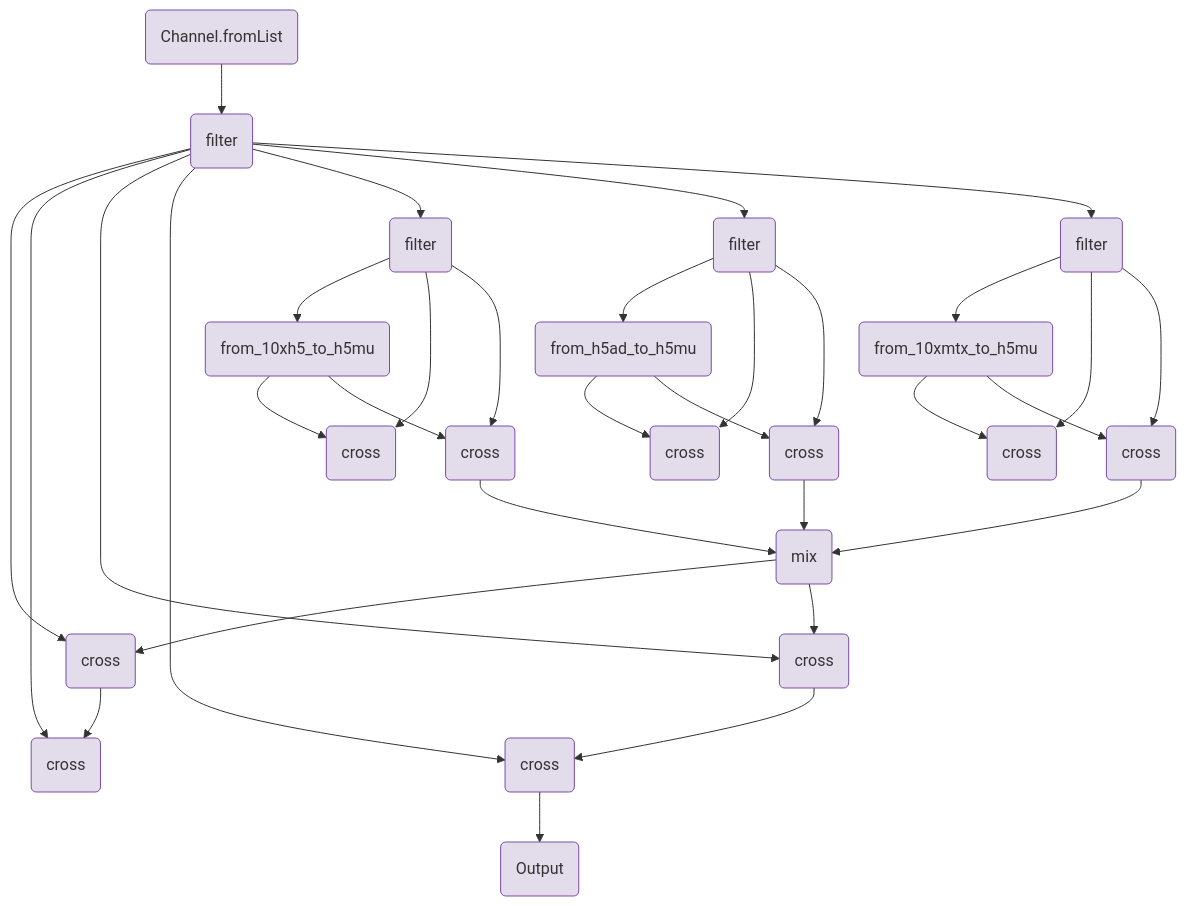
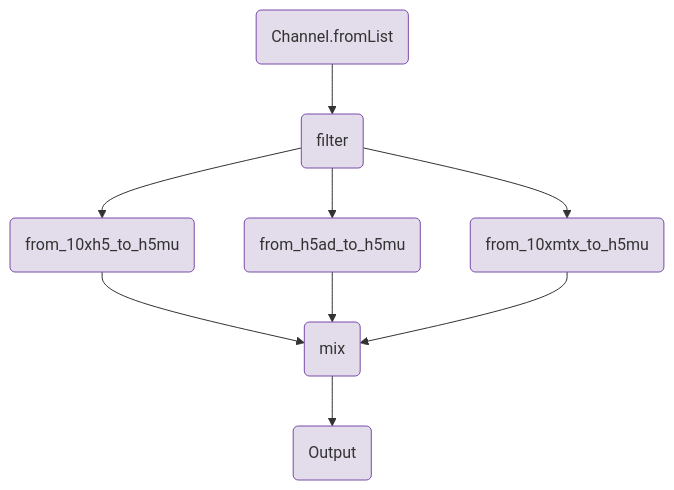
The diagram in components/workflows/ingestion/conversion.qmd (openpipelines-bio/website), drawn with Mermaid before and after one commit. The commit also changed other lines of this file and 144 other files, not shown here.

````diff
--- a/components/workflows/ingestion/conversion.qmd
+++ b/components/workflows/ingestion/conversion.qmd
@@ -107,75 +105,26 @@
 ```{mermaid}
 flowchart TB
     v0(Channel.fromList)
     v2(filter)
-    v12(filter)
-    v20(from_10xh5_to_h5mu)
-    v27(cross)
-    v37(cross)
-    v117(mix)
-    v48(filter)
-    v56(from_h5ad_to_h5mu)
-    v63(cross)
-    v73(cross)
-    v84(filter)
-    v92(from_10xmtx_to_h5mu)
-    v99(cross)
-    v109(cross)
-    v124(cross)
-    v131(cross)
-    v143(cross)
-    v150(cross)
-    v154(Output)
+    v19(from_10xh5_to_h5mu)
+    v78(mix)
+    v42(from_h5ad_to_h5mu)
+    v65(from_10xmtx_to_h5mu)
+    v94(Output)
     v0-->v2
-    v12-->v20
-    v20-->v27
-    v12-->v27
-    v12-->v37
-    v48-->v56
-    v56-->v63
-    v48-->v63
-    v48-->v73
-    v84-->v92
-    v92-->v99
-    v84-->v99
-    v84-->v109
-    v117-->v124
-    v2-->v124
-    v124-->v131
-    v2-->v131
-    v2-->v143
-    v143-->v150
-    v2-->v150
-    v150-->v154
-    v2-->v12
-    v37-->v117
-    v20-->v37
-    v2-->v48
-    v73-->v117
-    v56-->v73
-    v2-->v84
-    v109-->v117
-    v92-->v109
-    v117-->v143
+    v2-->v19
+    v19-->v78
+    v2-->v42
+    v42-->v78
+    v2-->v65
+    v65-->v78
+    v78-->v94
     style v0 fill:#e3dcea,stroke:#7a4baa;
     style v2 fill:#e3dcea,stroke:#7a4baa;
-    style v12 fill:#e3dcea,stroke:#7a4baa;
-    style v20 fill:#e3dcea,stroke:#7a4baa;
-    style v27 fill:#e3dcea,stroke:#7a4baa;
-    style v37 fill:#e3dcea,stroke:#7a4baa;
-    style v117 fill:#e3dcea,stroke:#7a4baa;
-    style v48 fill:#e3dcea,stroke:#7a4baa;
-    style v56 fill:#e3dcea,stroke:#7a4baa;
-    style v63 fill:#e3dcea,stroke:#7a4baa;
-    style v73 fill:#e3dcea,stroke:#7a4baa;
-    style v84 fill:#e3dcea,stroke:#7a4baa;
-    style v92 fill:#e3dcea,stroke:#7a4baa;
-    style v99 fill:#e3dcea,stroke:#7a4baa;
-    style v109 fill:#e3dcea,stroke:#7a4baa;
-    style v124 fill:#e3dcea,stroke:#7a4baa;
-    style v131 fill:#e3dcea,stroke:#7a4baa;
-    style v143 fill:#e3dcea,stroke:#7a4baa;
-    style v150 fill:#e3dcea,stroke:#7a4baa;
-    style v154 fill:#e3dcea,stroke:#7a4baa;
+    style v19 fill:#e3dcea,stroke:#7a4baa;
+    style v78 fill:#e3dcea,stroke:#7a4baa;
+    style v42 fill:#e3dcea,stroke:#7a4baa;
+    style v65 fill:#e3dcea,stroke:#7a4baa;
+    style v94 fill:#e3dcea,stroke:#7a4baa;
 
 ```
````
